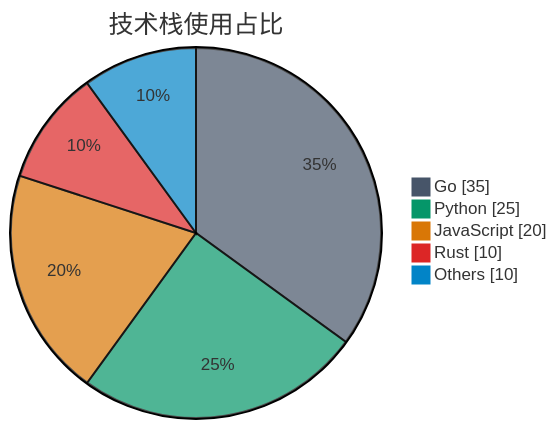
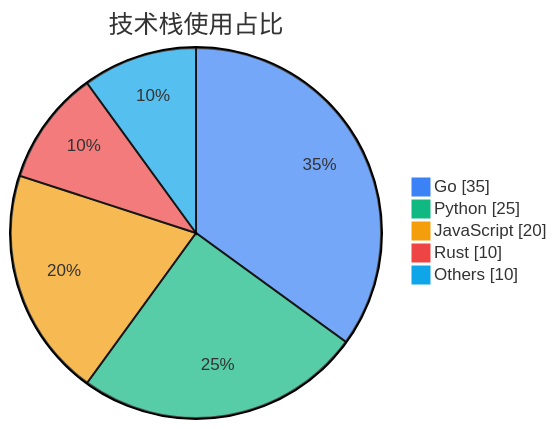
One commit to unix2dos/skills changed diagram 11 of 17 in mermaid-generator/SKILL.md. Above: the diagram before and after it, drawn with Mermaid. The commit also changed other lines of this file, not shown here.

Commit message:
feat: Update Mermaid theme colors to a brighter blue palette

````diff
--- a/mermaid-generator/SKILL.md
+++ b/mermaid-generator/SKILL.md
@@ -376,10 +376,10 @@
 ```mermaid
-%%{init: {'theme': 'base', 'themeVariables': {'pie1': '#475569', 'pie2': '#059669', 'pie3': '#D97706', 'pie4': '#DC2626', 'pie5': '#0284C7', 'pie6': '#64748B', 'pie7': '#94A3B8'}}}%%
+%%{init: {'theme': 'base', 'themeVariables': {'pie1': '#3B82F6', 'pie2': '#10B981', 'pie3': '#F59E0B', 'pie4': '#EF4444', 'pie5': '#0EA5E9', 'pie6': '#8B5CF6', 'pie7': '#EC4899'}}}%%
 pie showData
     title 技术栈使用占比
     "Go" : 35
     "Python" : 25
     "JavaScript" : 20
     "Rust" : 10
     "Others" : 10
 ```
````
